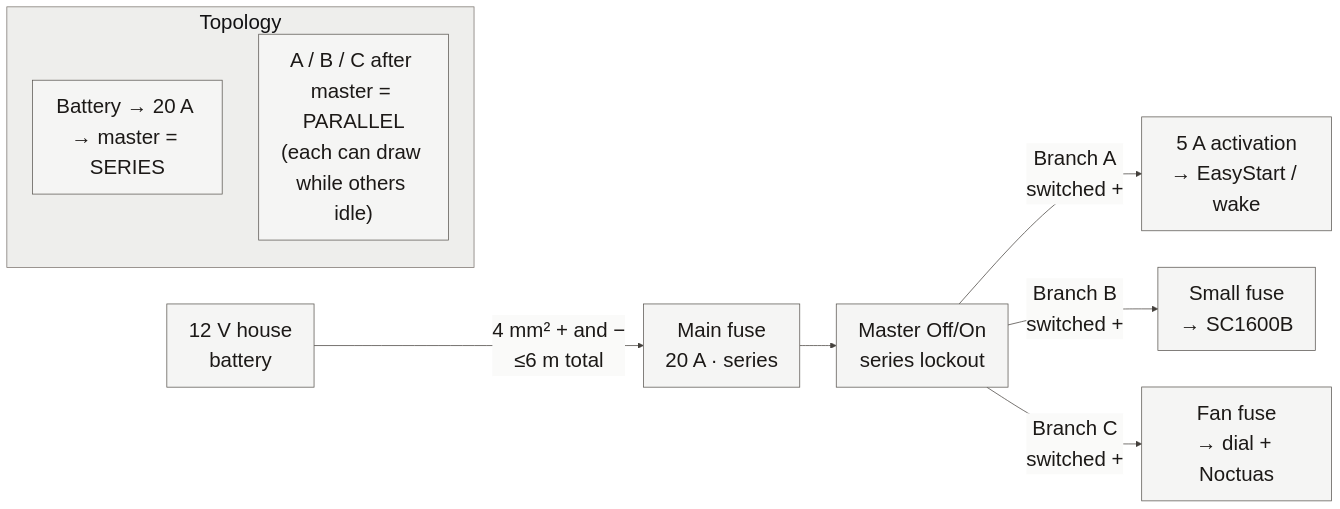
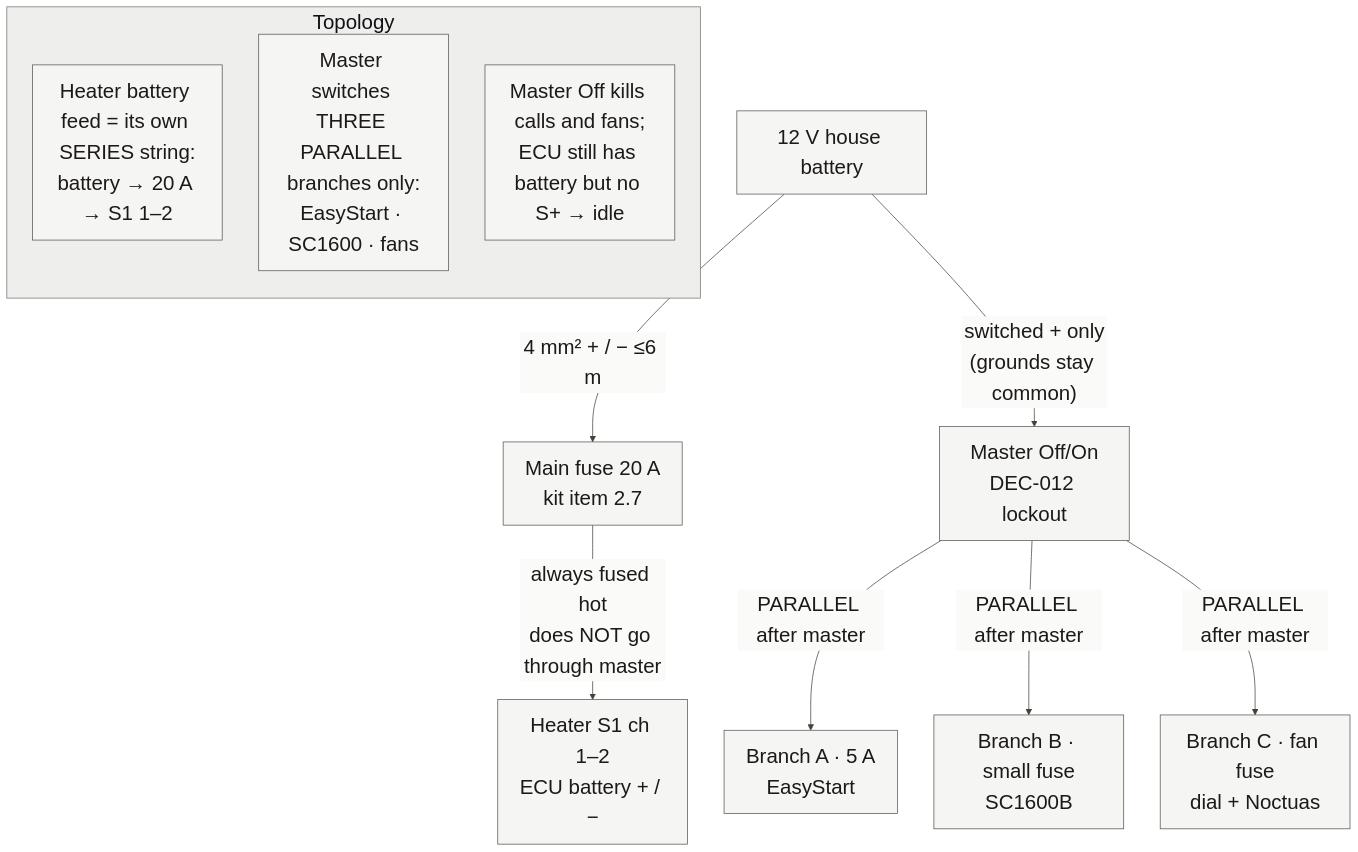
The diagram in book/diagrams/electrical-power.mmd (benracine/sprinter-heat), drawn with Mermaid before and after one commit. The commit also changed 12 other files, not shown here.

```diff
--- a/book/diagrams/electrical-power.mmd
+++ b/book/diagrams/electrical-power.mmd
@@ -1,21 +1,21 @@
 %%{init: {'theme':'base','themeVariables': {'background':'#fafaf9','primaryColor':'#f5f5f4','primaryTextColor':'#1c1917','primaryBorderColor':'#57534e','lineColor':'#44403c','secondaryColor':'#e7e5e4','tertiaryColor':'#eeeeec','fontFamily':'Avenir Next, Avenir, Helvetica Neue, sans-serif','fontSize':'28px','textColor':'#1c1917','mainBkg':'#f5f5f4','clusterBkg':'#eeeeec','clusterBorder':'#78716c','edgeLabelBackground':'#fafaf9'}}}%%
-flowchart LR
-  BAT["12 V house<br/>battery"]
-  F20["Main fuse<br/>20 A · series"]
-  SW["Master Off/On<br/>series lockout"]
+flowchart TB
+  BAT["12 V house battery"]
 
-  BAT -->|"4 mm² + and −<br/>≤6 m total"| F20
-  F20 --> SW
+  BAT -->|"4 mm² + / − ≤6 m"| F20["Main fuse 20 A<br/>kit item 2.7"]
+  F20 -->|"always fused hot<br/>does NOT go through master"| S12["Heater S1 ch 1–2<br/>ECU battery + / −"]
 
-  SW -->|"Branch A<br/>switched +"| FA["5 A activation<br/>→ EasyStart / wake"]
-  SW -->|"Branch B<br/>switched +"| FB["Small fuse<br/>→ SC1600B"]
-  SW -->|"Branch C<br/>switched +"| FC["Fan fuse<br/>→ dial + Noctuas"]
+  BAT -->|"switched + only<br/>(grounds stay common)"| SW["Master Off/On<br/>DEC-012 lockout"]
+  SW -->|"PARALLEL after master"| FA["Branch A · 5 A<br/>EasyStart"]
+  SW -->|"PARALLEL after master"| FB["Branch B · small fuse<br/>SC1600B"]
+  SW -->|"PARALLEL after master"| FC["Branch C · fan fuse<br/>dial + Noctuas"]
 
-  subgraph note["Topology"]
+  subgraph topo["Topology"]
     direction TB
-    N1["Battery → 20 A → master = SERIES"]
-    N2["A / B / C after master = PARALLEL<br/>(each can draw while others idle)"]
+    T1["Heater battery feed = its own SERIES string:<br/>battery → 20 A → S1 1–2"]
+    T2["Master switches THREE PARALLEL branches only:<br/>EasyStart · SC1600 · fans"]
+    T3["Master Off kills calls and fans;<br/>ECU still has battery but no S+ → idle"]
   end
 
   classDef solid fill:#f5f5f4,stroke:#57534e,stroke-width:1px,color:#1c1917;
-  class BAT,F20,SW,FA,FB,FC solid;
+  class BAT,F20,S12,SW,FA,FB,FC solid;
```
